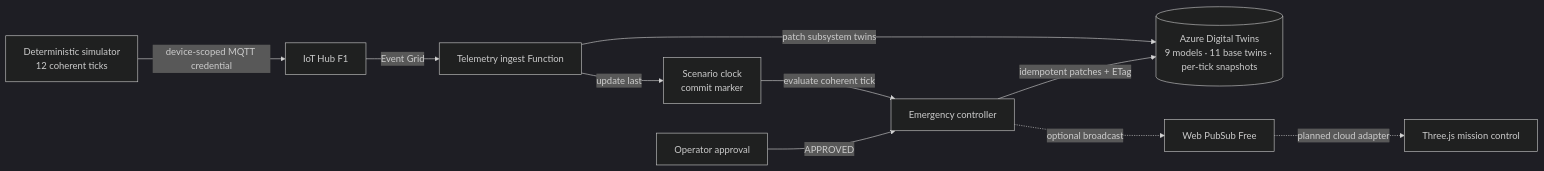
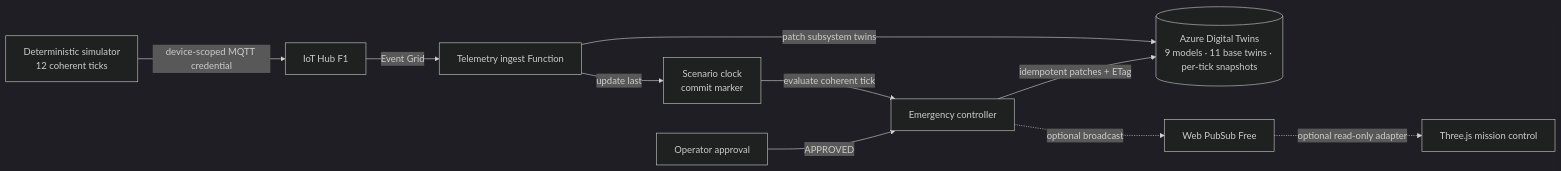
The diagram in README.md (JarthurLabs/ARES-7-Mars-Habitat-Digital-Twin), drawn with Mermaid (dark theme) before and after one commit. The commit also changed other lines of this file and 13 other files, not shown here.

````diff
--- a/README.md
+++ b/README.md
@@ -49,22 +51,22 @@
 ```mermaid
 flowchart LR
   SIM[Deterministic simulator<br/>12 coherent ticks]
   IOT[IoT Hub F1]
   ING[Telemetry ingest Function]
   ADT[(Azure Digital Twins<br/>9 models · 11 base twins · per-tick snapshots)]
   CLOCK[Scenario clock<br/>commit marker]
   CTL[Emergency controller]
   OP[Operator approval]
   WPS[Web PubSub Free]
   UI[Three.js mission control]
 
   SIM -->|device-scoped MQTT credential| IOT
   IOT -->|Event Grid| ING
   ING -->|patch subsystem twins| ADT
   ING -->|update last| CLOCK
   CLOCK -->|evaluate coherent tick| CTL
   CTL -->|idempotent patches + ETag| ADT
   OP -->|APPROVED| CTL
   CTL -. optional broadcast .-> WPS
-  WPS -. planned cloud adapter .-> UI
+  WPS -. optional read-only adapter .-> UI
 ```
````
